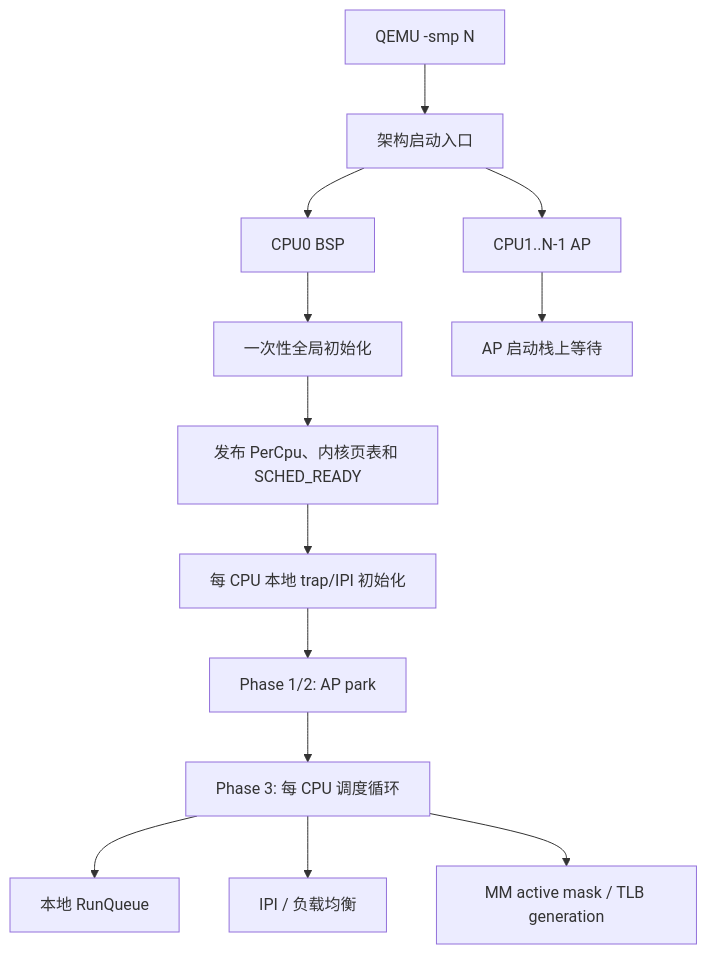
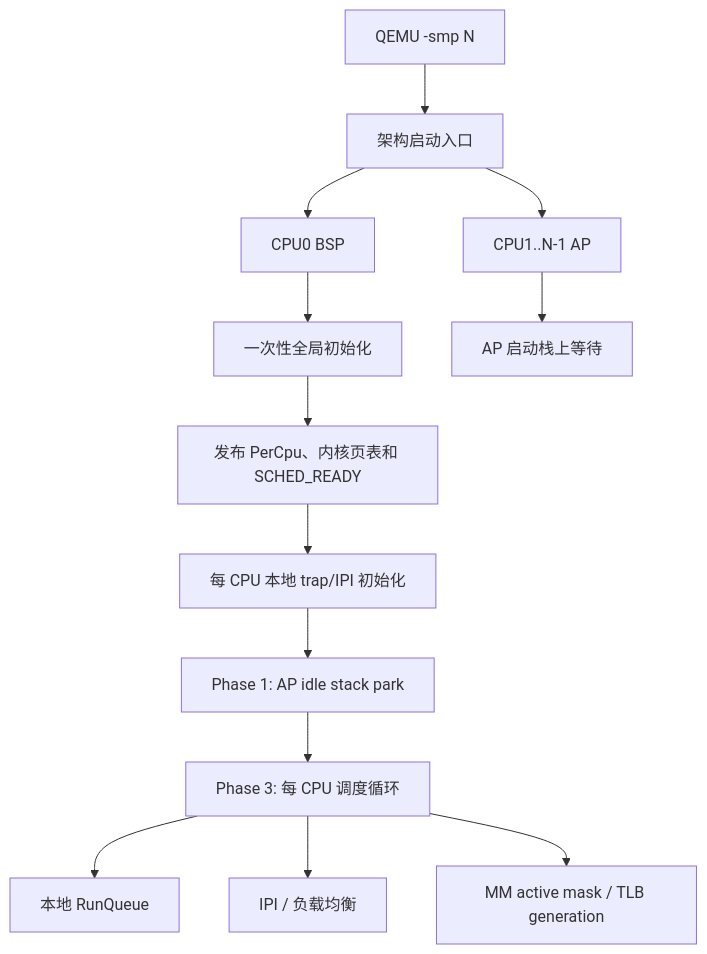
One commit to Mango-Iced-Americano/MangoCore changed the diagram in docs/10_plan/smp-8core-implementation.md. Above: the diagram before and after it, drawn with Mermaid. The commit also changed other lines of this file and 16 other files, not shown here.

```diff
--- a/docs/10_plan/smp-8core-implementation.md
+++ b/docs/10_plan/smp-8core-implementation.md
@@ -97,15 +97,15 @@
 ~~~mermaid
 flowchart TD
     Q["QEMU -smp N"] --> E["架构启动入口"]
     E --> B["CPU0 BSP"]
     E --> A["CPU1..N-1 AP"]
     B --> G["一次性全局初始化"]
     A --> W["AP 启动栈上等待"]
     G --> R["发布 PerCpu、内核页表和 SCHED_READY"]
     R --> L["每 CPU 本地 trap/IPI 初始化"]
-    L --> P["Phase 1/2: AP park"]
+    L --> P["Phase 1: AP idle stack park"]
     P --> S["Phase 3: 每 CPU 调度循环"]
     S --> Q0["本地 RunQueue"]
     S --> I["IPI / 负载均衡"]
     S --> M["MM active mask / TLB generation"]
 ~~~
```
